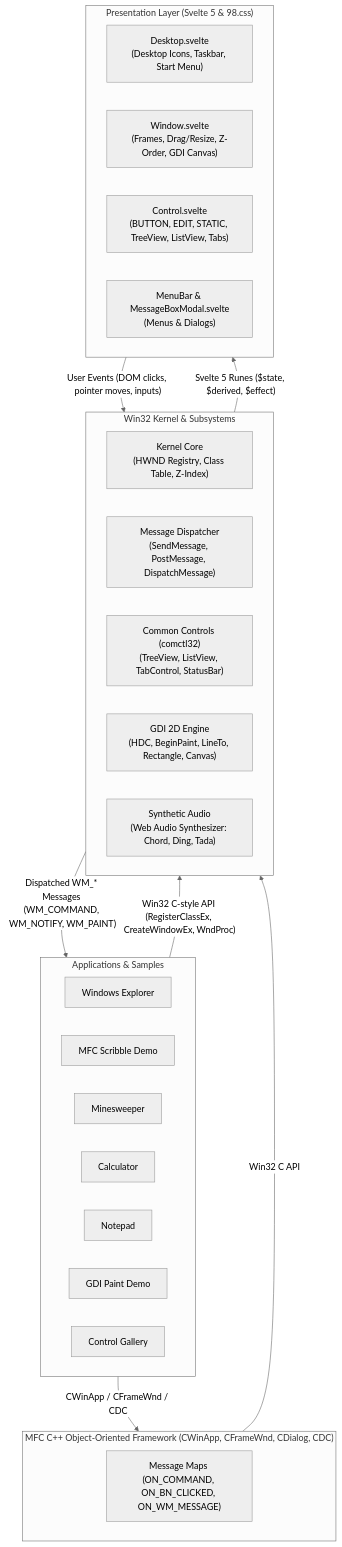
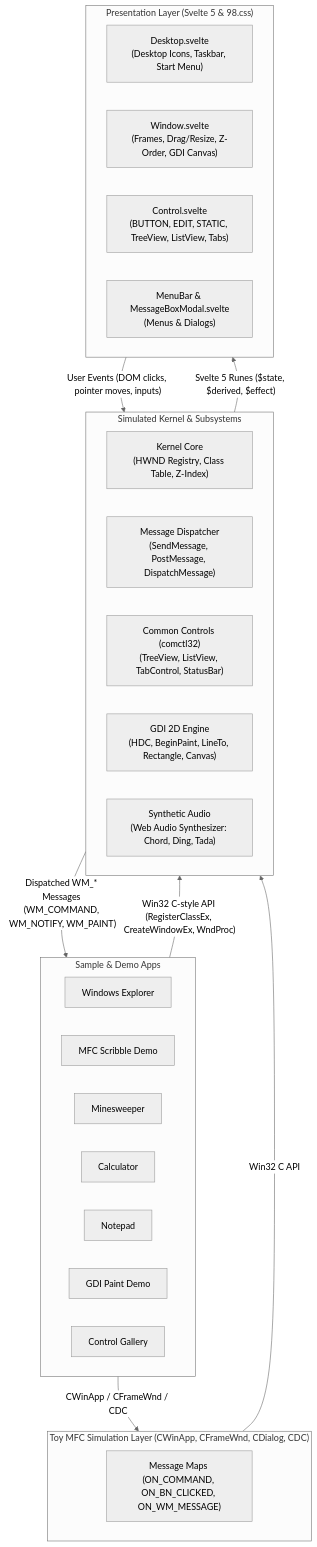
The diagram in README.md (net-pilgrim/win32-svelte), drawn with Mermaid (neutral theme) before and after one commit. The commit also changed other lines of this file and 3 other files, not shown here.

````diff
--- a/README.md
+++ b/README.md
@@ -106,38 +99,38 @@
 ```mermaid
 flowchart TD
-    subgraph Apps["Applications & Samples"]
+    subgraph Apps["Sample & Demo Apps"]
         Explorer["Windows Explorer"]
         MfcScribble["MFC Scribble Demo"]
         Minesweeper["Minesweeper"]
         Calculator["Calculator"]
         Notepad["Notepad"]
         PaintDemo["GDI Paint Demo"]
         ControlGallery["Control Gallery"]
     end
 
-    subgraph MfcLayer["MFC C++ Object-Oriented Framework (CWinApp, CFrameWnd, CDialog, CDC)"]
+    subgraph MfcLayer["Toy MFC Simulation Layer (CWinApp, CFrameWnd, CDialog, CDC)"]
         MessageMaps["Message Maps (ON_COMMAND, ON_BN_CLICKED, ON_WM_MESSAGE)"]
     end
 
-    subgraph KernelSubsystem["Win32 Kernel & Subsystems"]
+    subgraph KernelSubsystem["Simulated Kernel & Subsystems"]
         KernelCore["Kernel Core<br/>(HWND Registry, Class Table, Z-Index)"]
         MsgPump["Message Dispatcher<br/>(SendMessage, PostMessage, DispatchMessage)"]
         ComCtl32["Common Controls (comctl32)<br/>(TreeView, ListView, TabControl, StatusBar)"]
         GDI["GDI 2D Engine<br/>(HDC, BeginPaint, LineTo, Rectangle, Canvas)"]
         Audio["Synthetic Audio<br/>(Web Audio Synthesizer: Chord, Ding, Tada)"]
     end
 
     subgraph Presentation["Presentation Layer (Svelte 5 & 98.css)"]
         Desktop["Desktop.svelte<br/>(Desktop Icons, Taskbar, Start Menu)"]
         Window["Window.svelte<br/>(Frames, Drag/Resize, Z-Order, GDI Canvas)"]
         Control["Control.svelte<br/>(BUTTON, EDIT, STATIC, TreeView, ListView, Tabs)"]
         Modals["MenuBar & MessageBoxModal.svelte<br/>(Menus & Dialogs)"]
     end
 
     Apps -->|"CWinApp / CFrameWnd / CDC"| MfcLayer
     MfcLayer -->|"Win32 C API"| KernelSubsystem
     Apps -->|"Win32 C-style API (RegisterClassEx, CreateWindowEx, WndProc)"| KernelSubsystem
     KernelSubsystem -->|"Svelte 5 Runes ($state, $derived, $effect)"| Presentation
     Presentation -->|"User Events (DOM clicks, pointer moves, inputs)"| KernelSubsystem
     KernelSubsystem -->|"Dispatched WM_* Messages (WM_COMMAND, WM_NOTIFY, WM_PAINT)"| Apps
 ```
````
